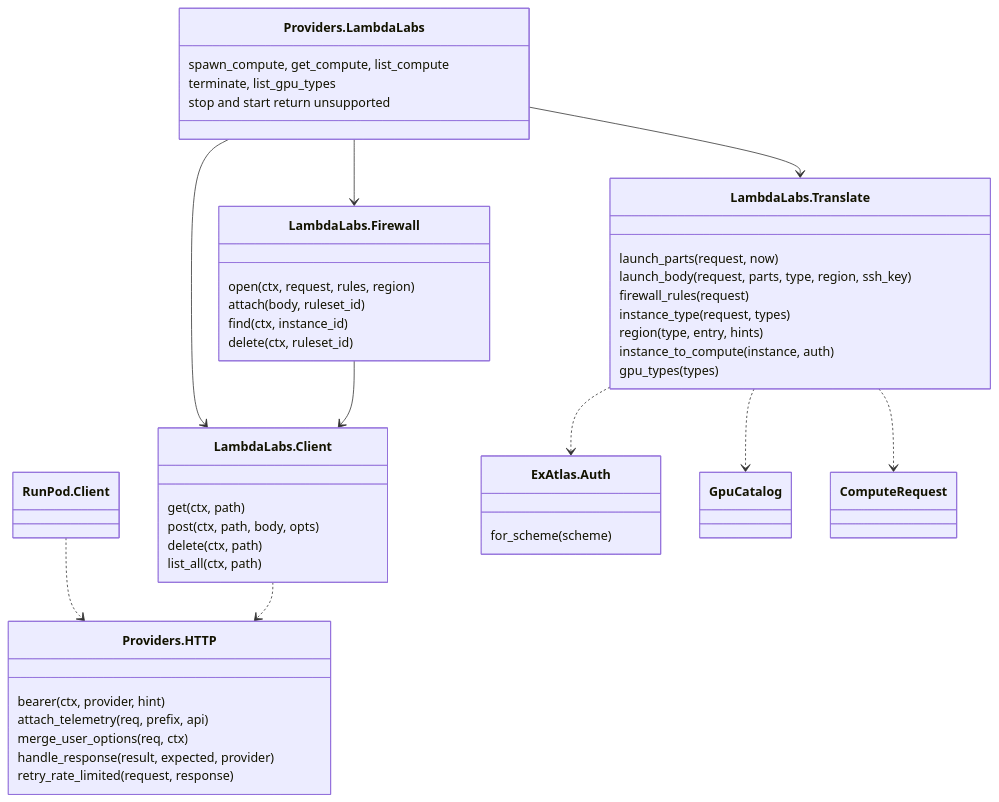
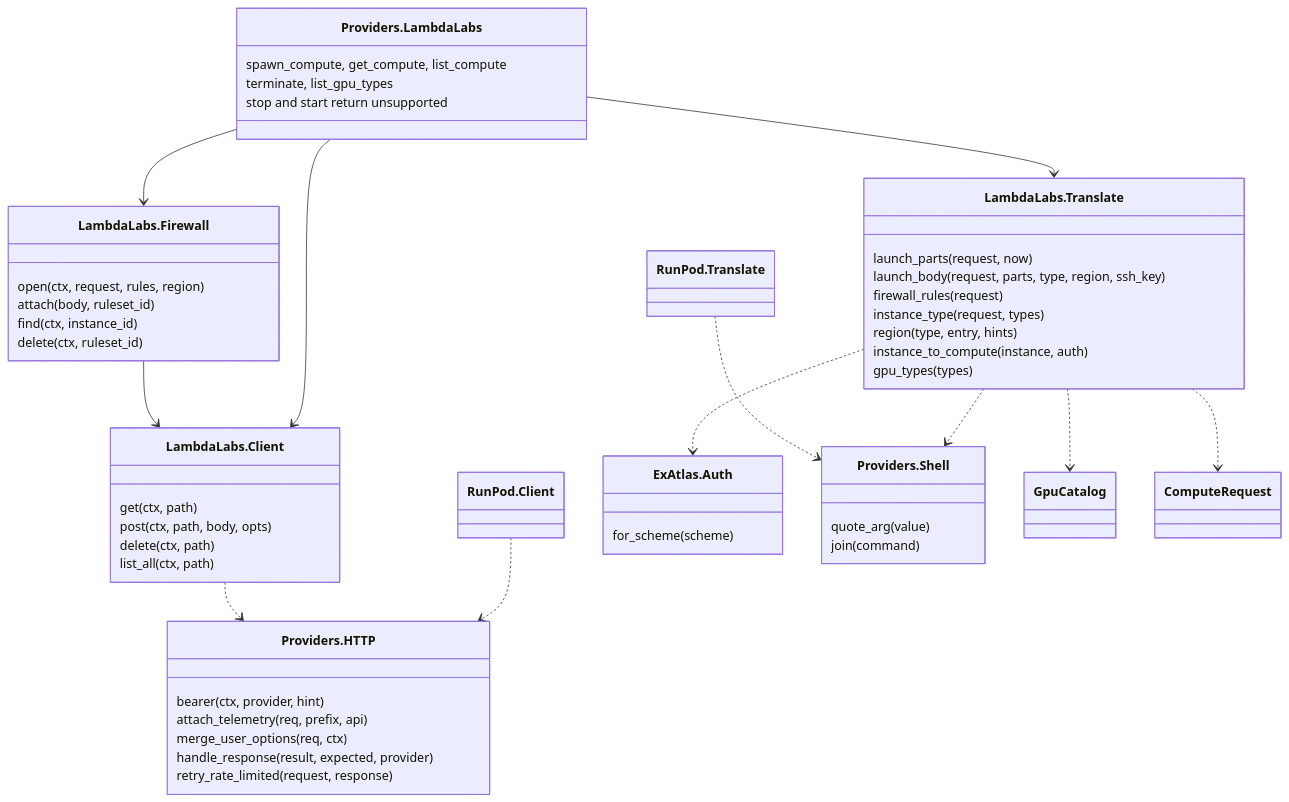
The fifth of 5 diagrams in docs/architecture.md (udin-io/ex_atlas), drawn with Mermaid before and after one commit. The commit also changed other lines of this file and 19 other files, not shown here.

First line of the commit message:
Lambda Labs: commands and run_task, with the exit reported from the host (slice 2) (#90)

````diff
--- a/docs/architecture.md
+++ b/docs/architecture.md
@@ -185,49 +220,56 @@
 ```mermaid
 classDiagram
   class HTTP["Providers.HTTP"] {
     bearer(ctx, provider, hint)
     attach_telemetry(req, prefix, api)
     merge_user_options(req, ctx)
     handle_response(result, expected, provider)
     retry_rate_limited(request, response)
   }
   class RunPodClient["RunPod.Client"]
   class LambdaLabs["Providers.LambdaLabs"] {
     spawn_compute, get_compute, list_compute
     terminate, list_gpu_types
     stop and start return unsupported
   }
   class LambdaClient["LambdaLabs.Client"] {
     get(ctx, path)
     post(ctx, path, body, opts)
     delete(ctx, path)
     list_all(ctx, path)
   }
   class LambdaFirewall["LambdaLabs.Firewall"] {
     open(ctx, request, rules, region)
     attach(body, ruleset_id)
     find(ctx, instance_id)
     delete(ctx, ruleset_id)
   }
   class LambdaTranslate["LambdaLabs.Translate"] {
     launch_parts(request, now)
     launch_body(request, parts, type, region, ssh_key)
     firewall_rules(request)
     instance_type(request, types)
     region(type, entry, hints)
     instance_to_compute(instance, auth)
     gpu_types(types)
   }
   class Auth["ExAtlas.Auth"] {
     for_scheme(scheme)
   }
+  class Shell["Providers.Shell"] {
+    quote_arg(value)
+    join(command)
+  }
+  class RunPodTranslate["RunPod.Translate"]
   RunPodClient ..> HTTP
   LambdaClient ..> HTTP
   LambdaLabs --> LambdaClient
   LambdaLabs --> LambdaTranslate
   LambdaLabs --> LambdaFirewall
   LambdaFirewall --> LambdaClient
   LambdaTranslate ..> Auth
   LambdaTranslate ..> GpuCatalog
   LambdaTranslate ..> ComputeRequest
+  LambdaTranslate ..> Shell
+  RunPodTranslate ..> Shell
 ```
````
